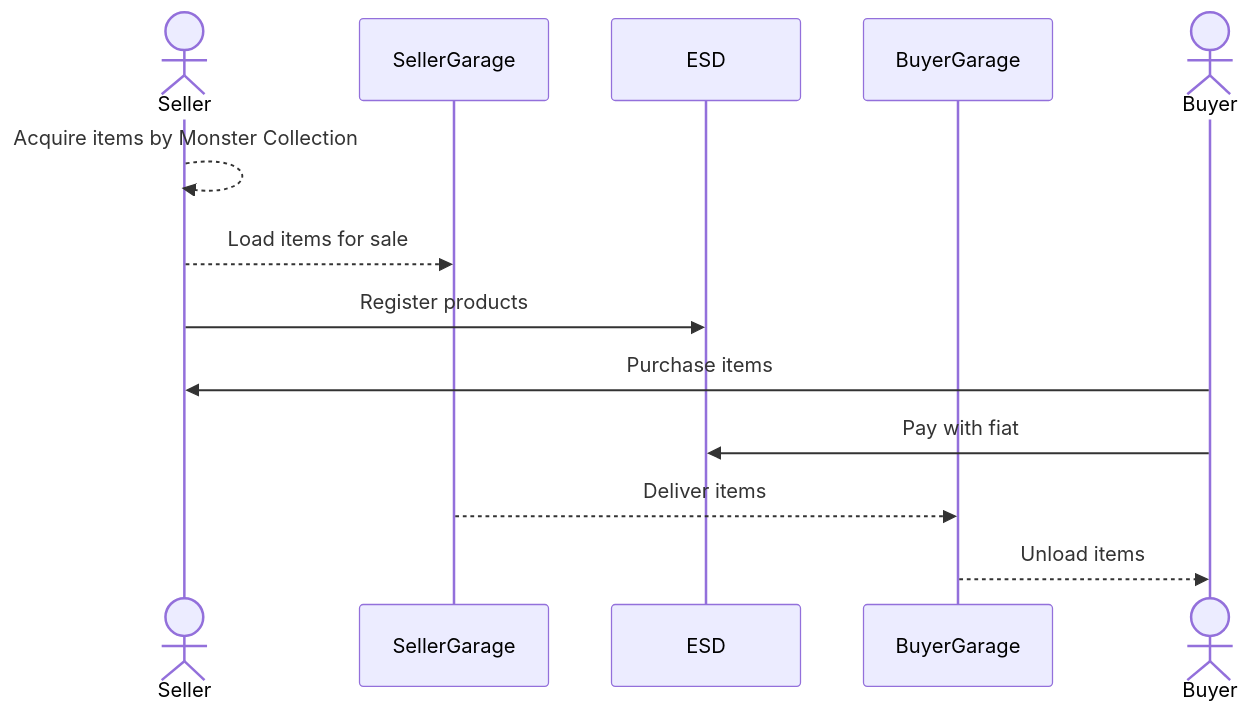
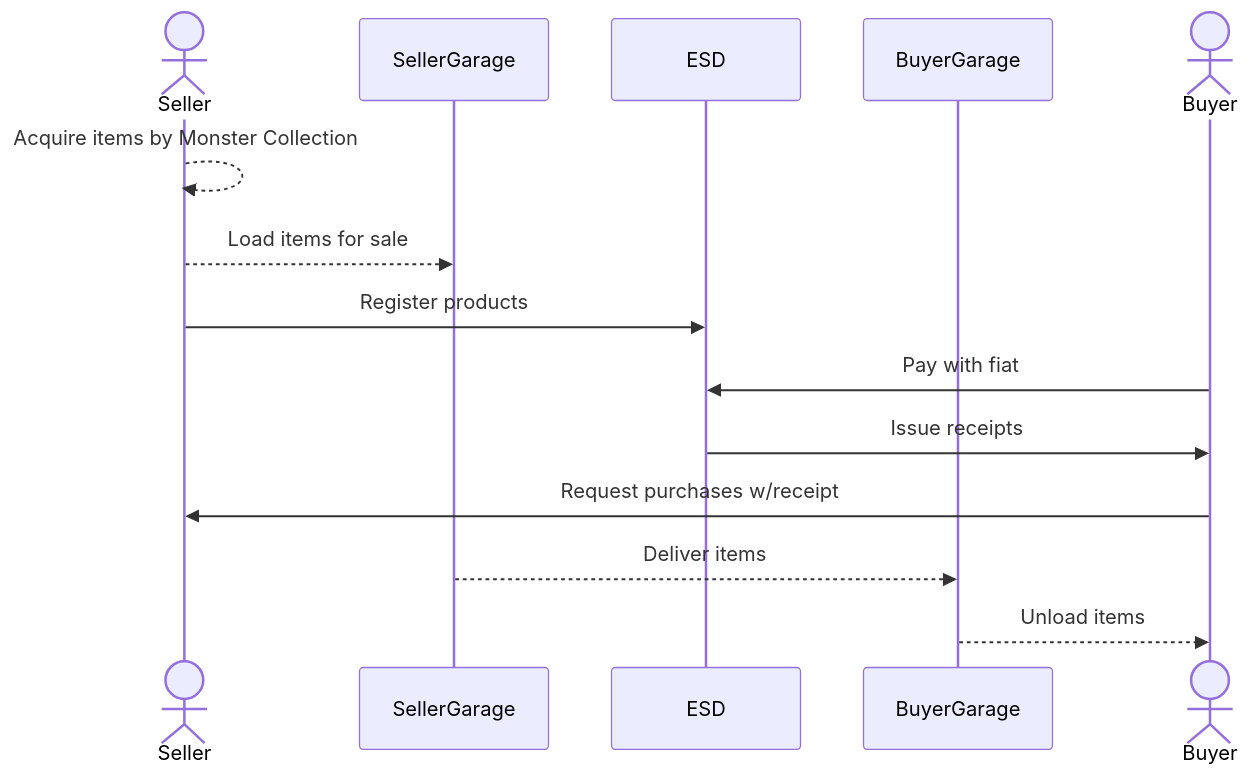
One commit to planetarium/NCIPs changed the first of 2 diagrams in NCIP/ncip-16.md. Above: the diagram before and after it, drawn with Mermaid. The commit also changed other lines of this file, not shown here.

Commit message:
Detailed purchase

````diff
--- a/NCIP/ncip-16.md
+++ b/NCIP/ncip-16.md
@@ -75,16 +75,17 @@
 ```mermaid
 sequenceDiagram
     actor Seller
 	participant SellerGarage
     participant ESD
     participant BuyerGarage
     actor Buyer
 
     Seller-->>Seller: Acquire items by Monster Collection
     Seller-->>SellerGarage: Load items for sale 
     Seller->>ESD: Register products
-    Buyer->>Seller: Purchase items
     Buyer->>ESD: Pay with fiat
+    ESD ->> Buyer: Issue receipts
+    Buyer ->> Seller: Request purchases w/receipt
     SellerGarage-->>BuyerGarage: Deliver items
     BuyerGarage-->>Buyer: Unload items
 ```
````
